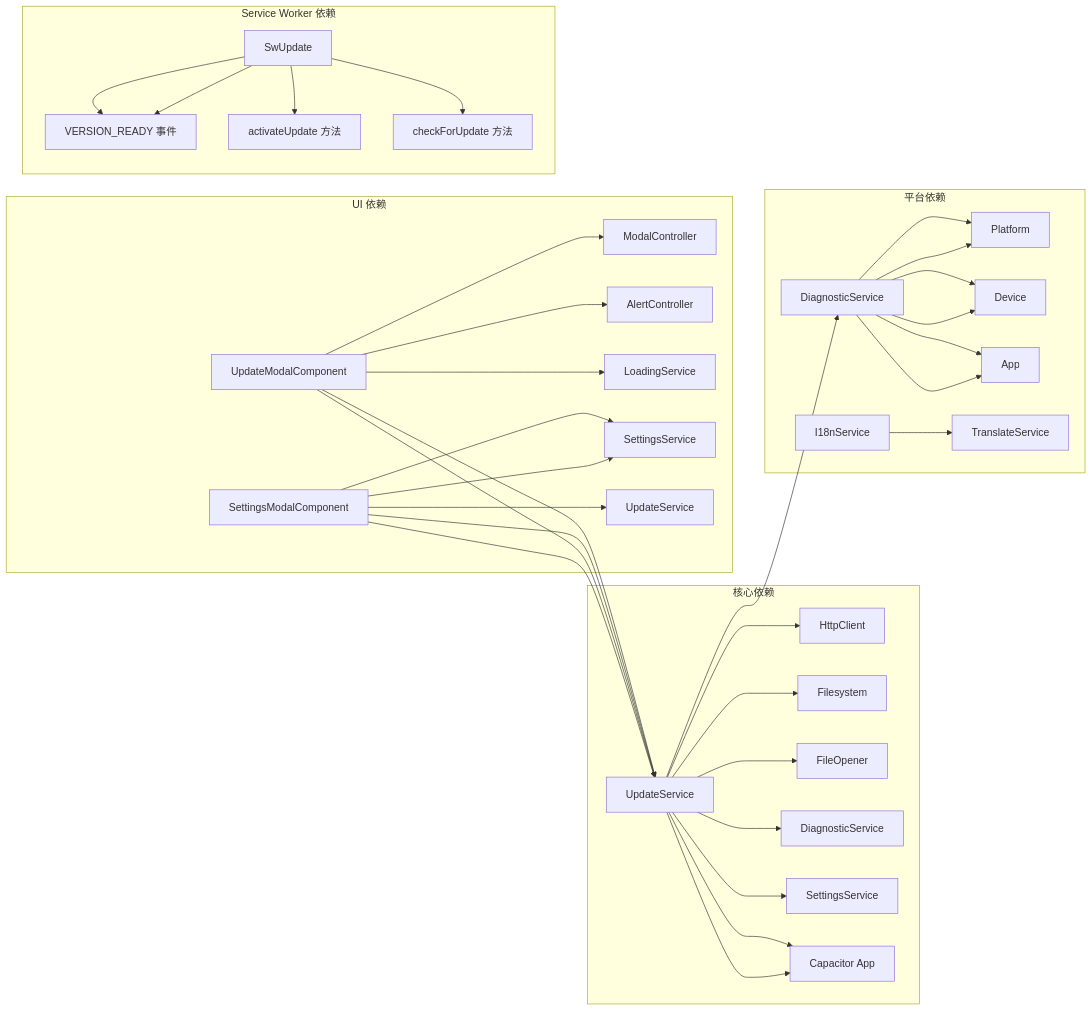
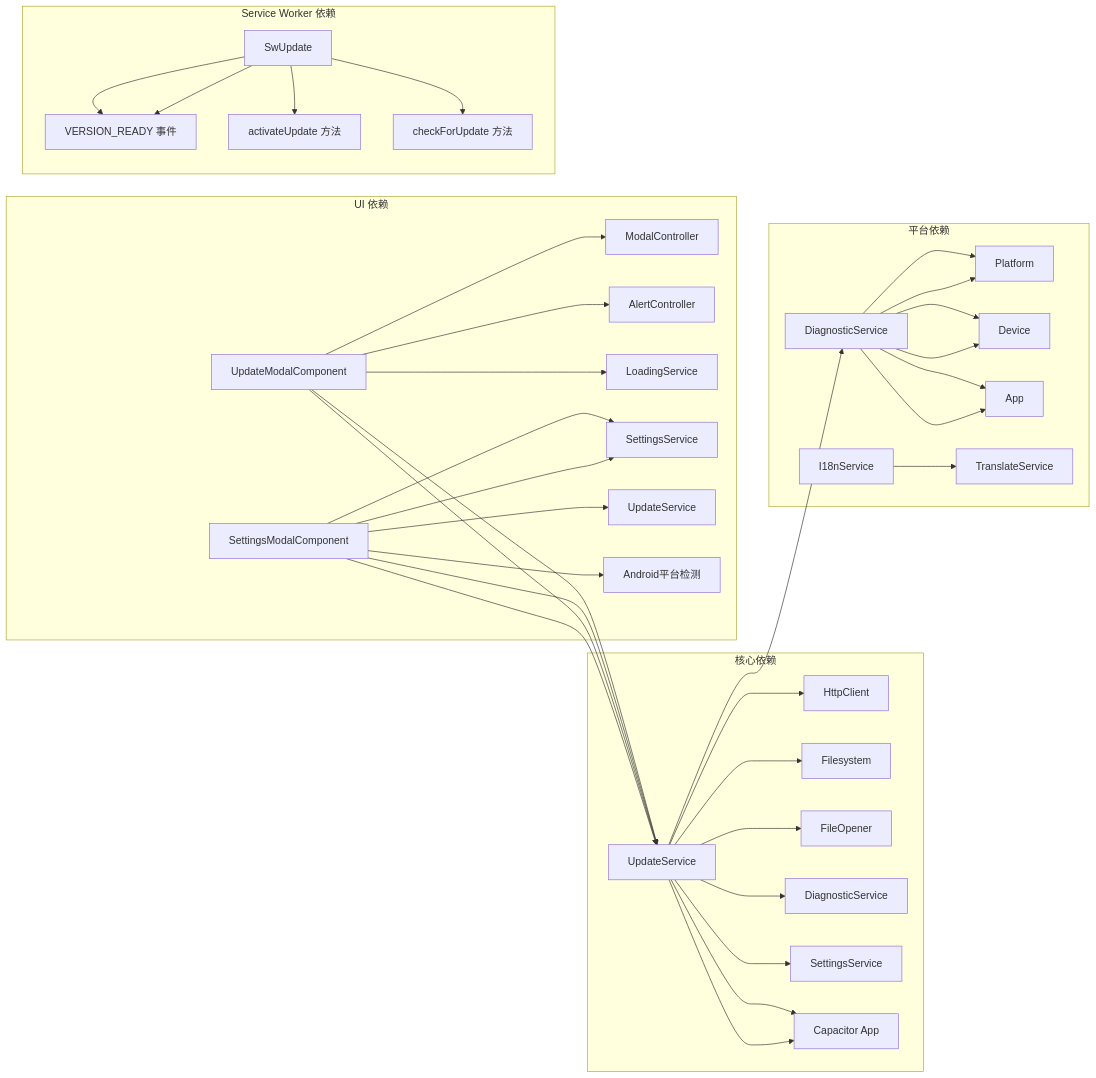
Before and after one commit to tea4go/Macro-Deck-Client-App: the eighth of 8 diagrams in .qoder/repowiki/zh/content/核心功能模块/应用程序更新系统.md, drawn with Mermaid. The commit also changed other lines of this file and 50 other files, not shown here.

````diff
--- a/.qoder/repowiki/zh/content/核心功能模块/应用程序更新系统.md
+++ b/.qoder/repowiki/zh/content/核心功能模块/应用程序更新系统.md
@@ -514,40 +581,41 @@
 ```mermaid
 graph LR
 subgraph "核心依赖"
 A[UpdateService] --> B[HttpClient]
 A --> C[Filesystem]
 A --> D[FileOpener]
 A --> E[DiagnosticService]
 A --> F[SettingsService]
 A --> G[Capacitor App]
 end
 subgraph "UI 依赖"
 H[UpdateModalComponent] --> A
 I[SettingsModalComponent] --> A
 H --> J[ModalController]
 H --> K[AlertController]
 H --> L[LoadingService]
 I --> M[SettingsService]
 I --> N[UpdateService]
+I --> O[Android平台检测]
 end
 subgraph "平台依赖"
-O[DiagnosticService] --> P[Platform]
-O --> Q[Device]
-O --> R[App]
-S[I18nService] --> T[TranslateService]
+P[DiagnosticService] --> Q[Platform]
+P --> R[Device]
+P --> S[App]
+T[I18nService] --> U[TranslateService]
 end
 subgraph "Service Worker 依赖"
-U[SwUpdate] --> V[VERSION_READY 事件]
-U --> W[activateUpdate 方法]
-U --> X[checkForUpdate 方法]
+V[SwUpdate] --> W[VERSION_READY 事件]
+V --> X[activateUpdate 方法]
+V --> Y[checkForUpdate 方法]
 end
-A --> O
+A --> P
 A --> G
 H --> A
 I --> A
 I --> M
-O --> P
-O --> Q
-O --> R
-U --> V
+P --> Q
+P --> R
+P --> S
+V --> W
 ```
````
